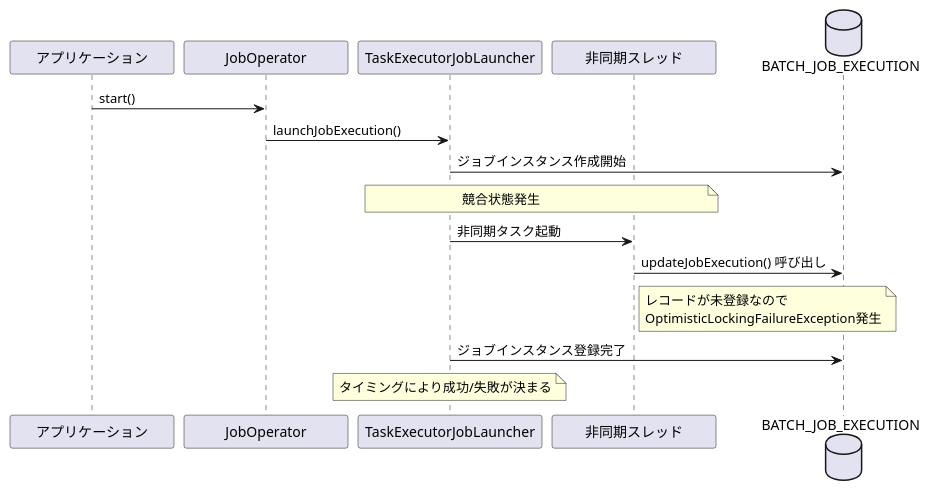
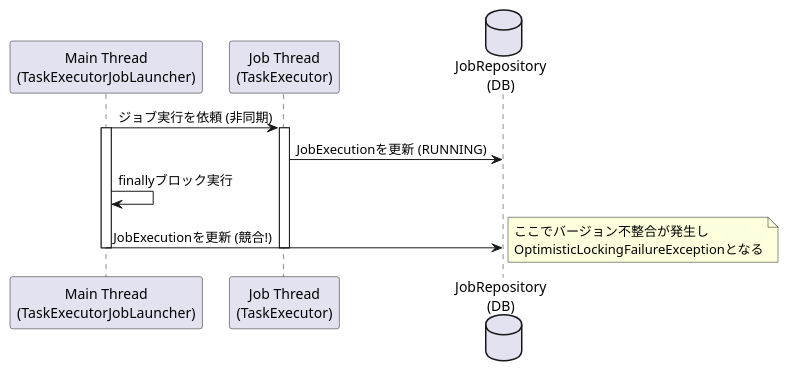
Before and after one commit to mochimoching/github_issue_translate: the diagram in output/spring-batch/6.0.2/open/current/markdown/issues_summary/issue_5106.md, drawn with PlantUML. The commit also changed other lines of this file and 85 other files, not shown here.

````diff
--- a/output/spring-batch/6.0.2/open/current/markdown/issues_summary/issue_5106.md
+++ b/output/spring-batch/6.0.2/open/current/markdown/issues_summary/issue_5106.md
@@ -11,25 +16,22 @@
 ```plantuml
 @startuml
-skinparam backgroundColor transparent
-skinparam minClassWidth 150
+participant "Main Thread\n(TaskExecutorJobLauncher)" as Main
+participant "Job Thread\n(TaskExecutor)" as Job
+database "JobRepository\n(DB)" as DB
 
-participant "アプリケーション" as App
-participant "JobOperator" as JO
-participant "TaskExecutorJobLauncher" as Launcher
-participant "非同期スレッド" as Async
-database "BATCH_JOB_EXECUTION" as DB
+Main -> Job: ジョブ実行を依頼 (非同期)
+activate Main
+activate Job
 
-App -> JO: start()
-JO -> Launcher: launchJobExecution()
-Launcher -> DB: ジョブインスタンス作成開始
+Job -> DB: JobExecutionを更新 (RUNNING)
+Main -> Main: finallyブロック実行
+Main -> DB: JobExecutionを更新 (競合!)
+note right
+  ここでバージョン不整合が発生し
+  OptimisticLockingFailureExceptionとなる
+end note
 
-note over Launcher, Async: 競合状態発生
-
-Launcher -> Async: 非同期タスク起動
-Async -> DB: updateJobExecution() 呼び出し
-note right of Async: レコードが未登録なので\nOptimisticLockingFailureException発生
-
-Launcher -> DB: ジョブインスタンス登録完了
-note over Launcher: タイミングにより成功/失敗が決まる
+deactivate Job
+deactivate Main
 @enduml
 ```
````
